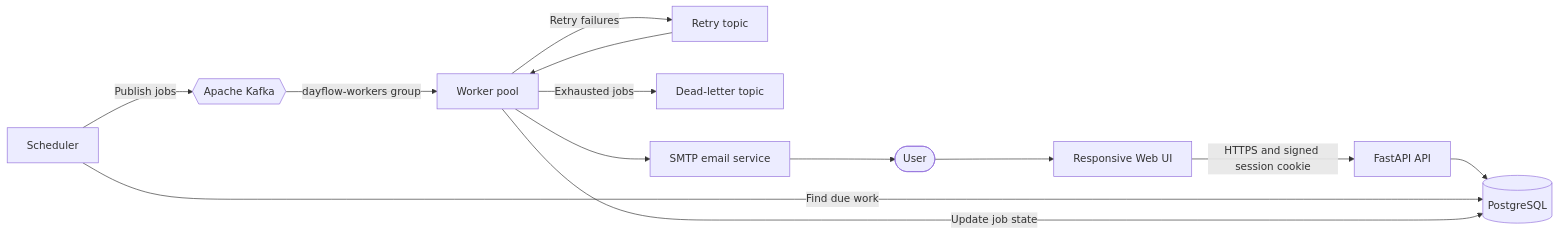
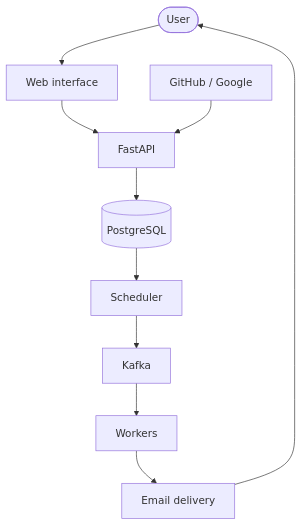
One commit to rajeev8008/Pace changed the diagram in README.md. Above: the diagram before and after it, drawn with Mermaid. The commit also changed other lines of this file and 3 other files, not shown here.

First line of the commit message:
documentation: update Pace setup, deployment, and system architecture

````diff
--- a/README.md
+++ b/README.md
@@ -19,15 +21,12 @@
 ```mermaid
-flowchart LR
-    User([User]) --> UI[Responsive Web UI]
-    UI -->|HTTPS and signed session cookie| API[FastAPI API]
+flowchart TB
+    User([User]) --> Web[Web interface]
+    Web --> API[FastAPI]
+    OAuth[GitHub / Google] --> API
     API --> DB[(PostgreSQL)]
-    Scheduler[Scheduler] -->|Find due work| DB
-    Scheduler -->|Publish jobs| Kafka{{Apache Kafka}}
-    Kafka -->|dayflow-workers group| Workers[Worker pool]
-    Workers -->|Update job state| DB
-    Workers -->|Retry failures| Retry[Retry topic]
-    Retry --> Workers
-    Workers -->|Exhausted jobs| DLQ[Dead-letter topic]
-    Workers --> Email[SMTP email service]
+    DB --> Scheduler[Scheduler]
+    Scheduler --> Kafka[Kafka]
+    Kafka --> Worker[Workers]
+    Worker --> Email[Email delivery]
     Email --> User
 ```
````
